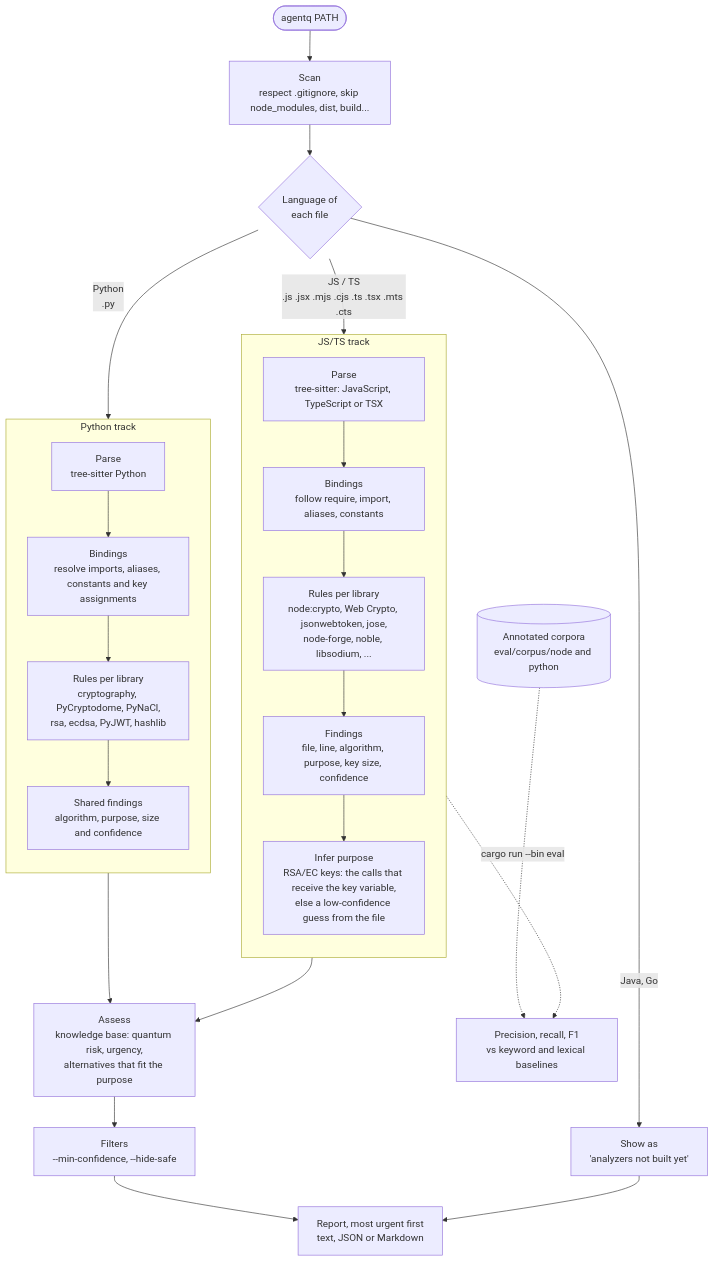
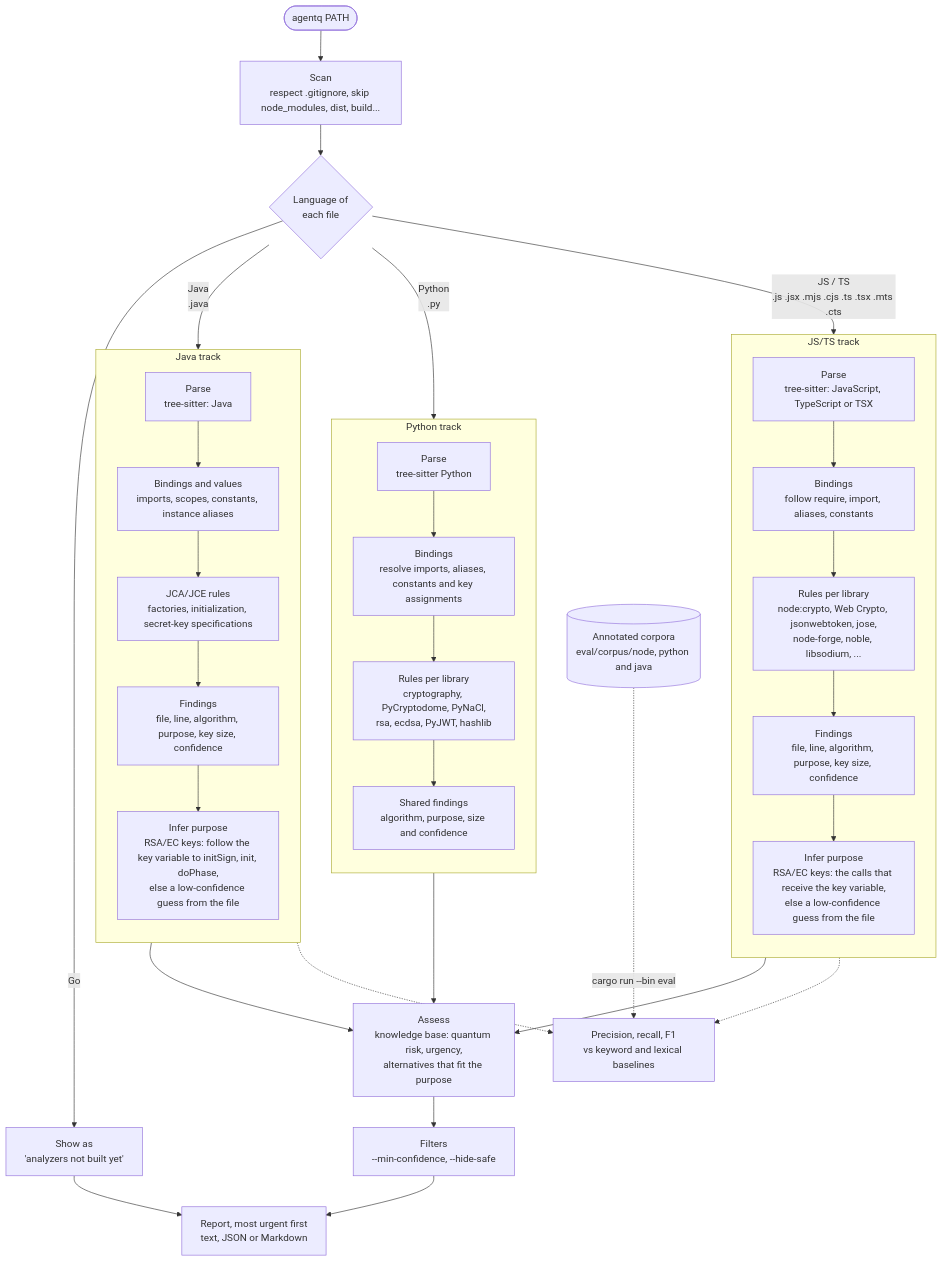
One commit to Edgarcsr/agentq changed the diagram in README.md. Above: the diagram before and after it, drawn with Mermaid. The commit also changed other lines of this file and 2 other files, not shown here.

Commit message:
docs: describe the Java analyzer and its evaluation

````diff
--- a/README.md
+++ b/README.md
@@ -38,33 +38,44 @@
 ```mermaid
 flowchart TD
     start(["agentq PATH"]) --> scan["Scan<br/>respect .gitignore, skip node_modules, dist, build..."]
     scan --> route{"Language of<br/>each file"}
 
     route -->|"JS / TS<br/>.js .jsx .mjs .cjs .ts .tsx .mts .cts"| parse
     route -->|"Python<br/>.py"| pyparse["Parse<br/>tree-sitter Python"]
-    route -->|"Java, Go"| pending["Show as <br/>'analyzers not built yet'"]
+    route -->|"Java<br/>.java"| jparse
+    route -->|"Go"| pending["Show as <br/>'analyzers not built yet'"]
 
     subgraph jstrack ["JS/TS track"]
         direction TB
         parse["Parse<br/>tree-sitter: JavaScript, TypeScript or TSX"] --> bind["Bindings<br/>follow require, import, aliases, constants"]
         bind --> rules["Rules per library<br/>node:crypto, Web Crypto, jsonwebtoken, jose,<br/>node-forge, noble, libsodium, ..."]
         rules --> raw["Findings<br/>file, line, algorithm, purpose, key size, confidence"]
         raw --> infer["Infer purpose<br/>RSA/EC keys: the calls that receive the key variable,<br/>else a low-confidence guess from the file"]
     end
 
       subgraph pytrack["Python track"]
         direction TB
         pyparse --> pybind["Bindings<br/>resolve imports, aliases, constants and key assignments"]
         pybind --> pyrules["Rules per library<br/>cryptography, PyCryptodome, PyNaCl,<br/>rsa, ecdsa, PyJWT, hashlib"]
         pyrules --> pyfindings["Shared findings<br/>algorithm, purpose, size and confidence"]
       end
 
+    subgraph javatrack ["Java track"]
+        direction TB
+        jparse["Parse<br/>tree-sitter: Java"] --> jbind["Bindings and values<br/>imports, scopes, constants, instance aliases"]
+        jbind --> jrules["JCA/JCE rules<br/>factories, initialization, secret-key specifications"]
+        jrules --> jraw["Findings<br/>file, line, algorithm, purpose, key size, confidence"]
+        jraw --> jinfer["Infer purpose<br/>RSA/EC keys: follow the key variable to initSign, init, doPhase,<br/>else a low-confidence guess from the file"]
+    end
+
     infer --> assess["Assess<br/>knowledge base: quantum risk, urgency,<br/>alternatives that fit the purpose"]
       pyfindings --> assess
+    jinfer --> assess
     assess --> filter["Filters<br/>--min-confidence, --hide-safe"]
     filter --> report["Report, most urgent first<br/>text, JSON or Markdown"]
     pending --> report
 
-    corpus[("Annotated corpora<br/>eval/corpus/node and python")] -.->|"cargo run --bin eval"| metrics["Precision, recall, F1<br/>vs keyword and lexical baselines"]
+    corpus[("Annotated corpora<br/>eval/corpus/node, python and java")] -.->|"cargo run --bin eval"| metrics["Precision, recall, F1<br/>vs keyword and lexical baselines"]
     infer -.-> metrics
+    jinfer -.-> metrics
 ```
````
